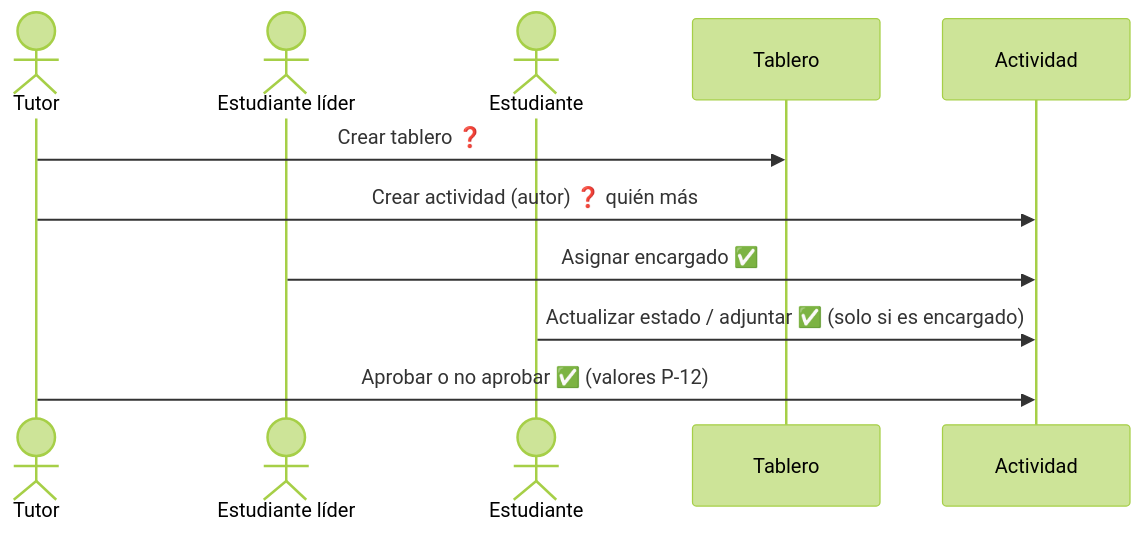
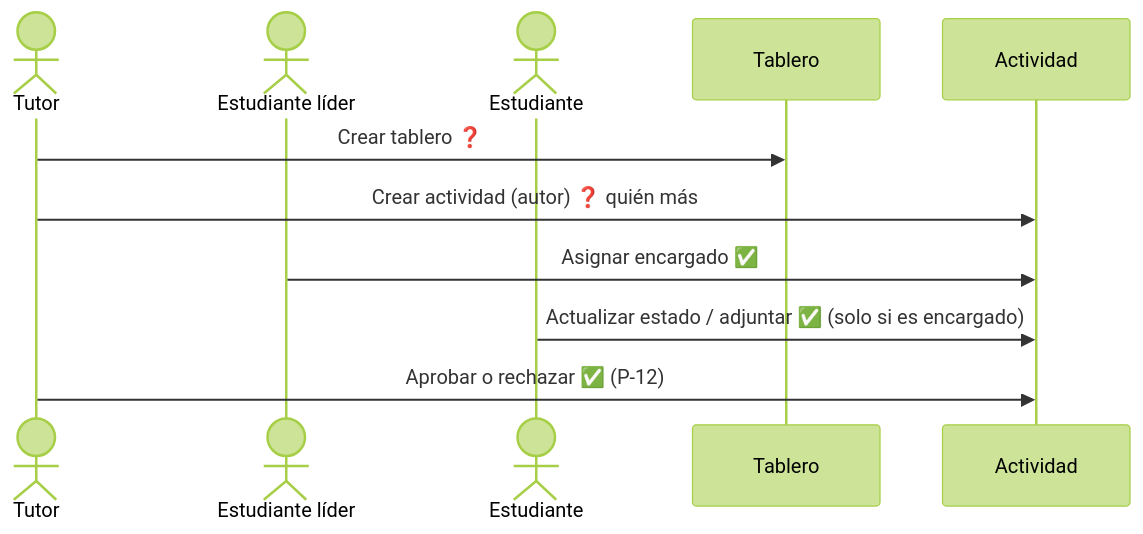
The fourth of 8 diagrams in docs/domain/workflows.md (Jcortesc03/Gestor-semilleros), drawn with Mermaid (forest theme) before and after one commit. The commit also changed other lines of this file and 24 other files, not shown here.

````diff
--- a/docs/domain/workflows.md
+++ b/docs/domain/workflows.md
@@ -77,13 +77,13 @@
 ```mermaid
 sequenceDiagram
     actor TU as Tutor
     actor LI as Estudiante líder
     actor ES as Estudiante
     participant T as Tablero
     participant A as Actividad
     TU->>T: Crear tablero ❓
     TU->>A: Crear actividad (autor) ❓ quién más
     LI->>A: Asignar encargado ✅
     ES->>A: Actualizar estado / adjuntar ✅ (solo si es encargado)
-    TU->>A: Aprobar o no aprobar ✅ (valores P-12)
+    TU->>A: Aprobar o rechazar ✅ (P-12)
 ```
````
